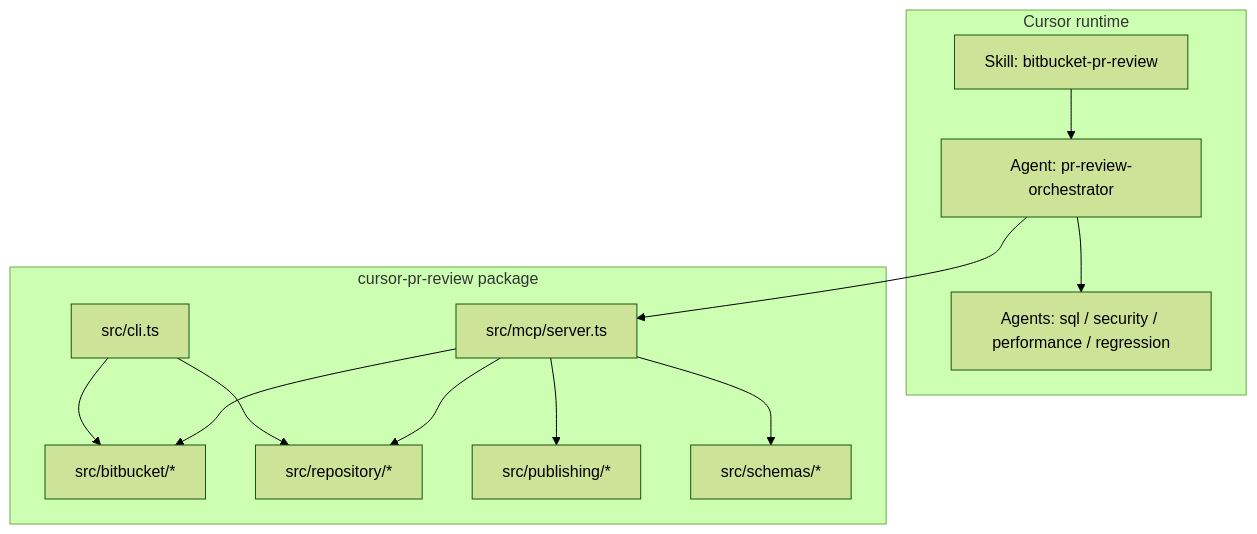
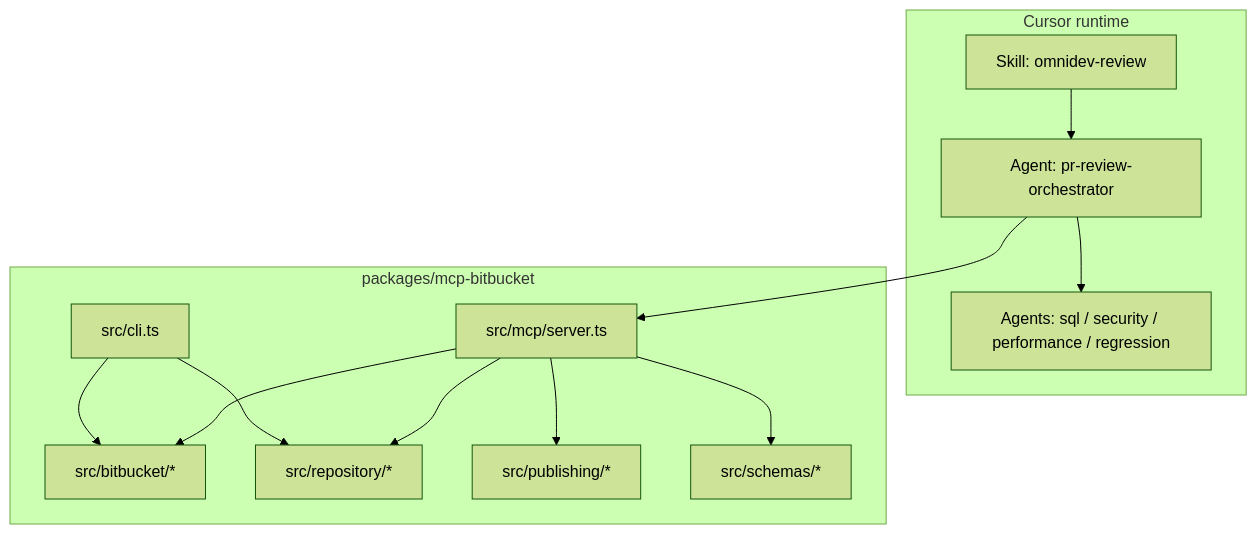
The second of 2 diagrams in docs/guides/bitbucket-review/architecture.md (kashishparmar02/OmniDev), drawn with Mermaid (forest theme) before and after one commit. The commit also changed other lines of this file and 29 other files, not shown here.

````diff
--- a/docs/guides/bitbucket-review/architecture.md
+++ b/docs/guides/bitbucket-review/architecture.md
@@ -23,27 +23,27 @@
 ```mermaid
 flowchart TB
   subgraph Cursor["Cursor runtime"]
-    Skill[Skill: bitbucket-pr-review]
+    Skill[Skill: omnidev-review]
     Orch[Agent: pr-review-orchestrator]
     Spec[Agents: sql / security / performance / regression]
   end
 
-  subgraph MCPPkg["cursor-pr-review package"]
+  subgraph MCPPkg["packages/mcp-bitbucket"]
     Server[src/mcp/server.ts]
     BBClient[src/bitbucket/*]
     Repo[src/repository/*]
     Pub[src/publishing/*]
     Schemas[src/schemas/*]
     CLI[src/cli.ts]
   end
 
   Skill --> Orch
   Orch --> Spec
   Orch --> Server
   Server --> BBClient
   Server --> Repo
   Server --> Pub
   Server --> Schemas
   CLI --> BBClient
   CLI --> Repo
 ```
````
